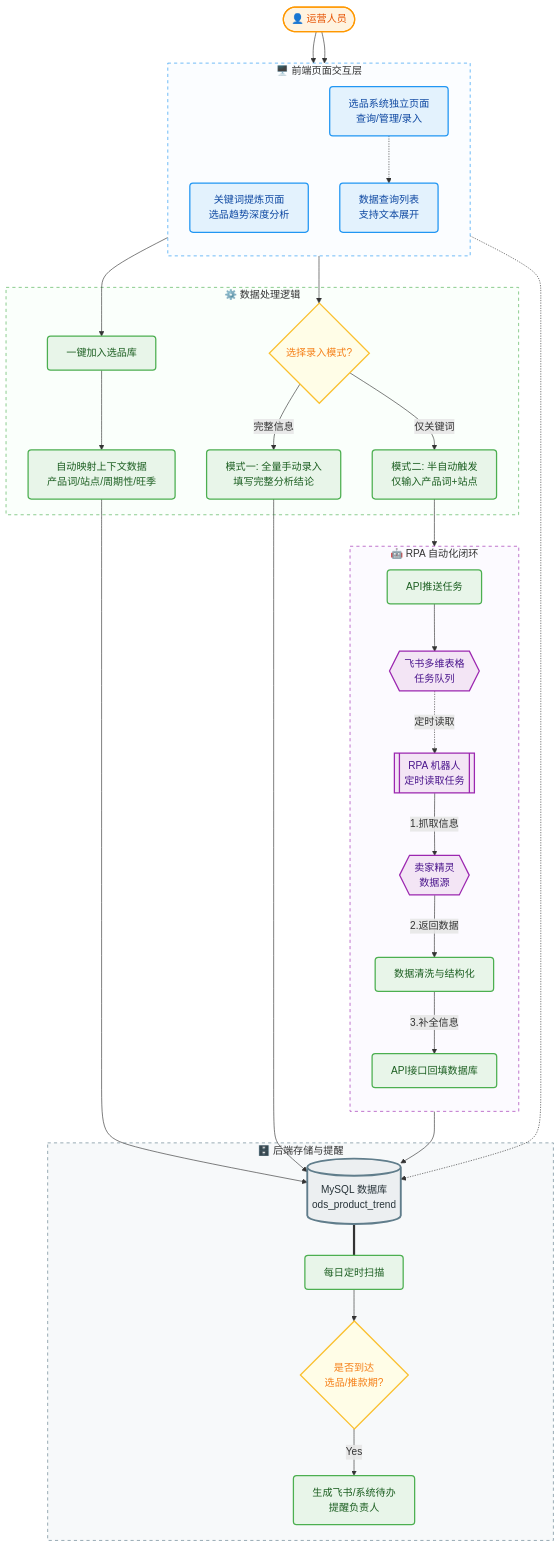
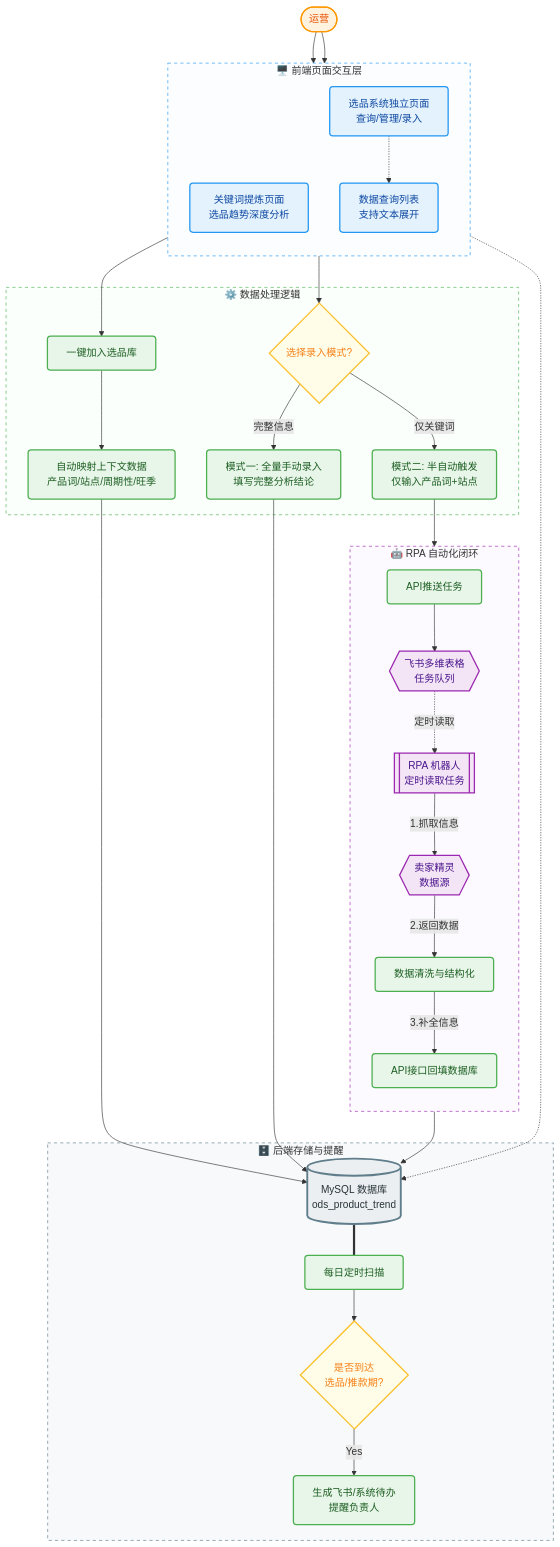
Before and after one commit to Fleve-MY/iodraw-files: the diagram in all/未命名-1.md, drawn with Mermaid.

Commit message:
2026-01-07 17:42:51 update

```diff
--- a/all/未命名-1.md
+++ b/all/未命名-1.md
@@ -7,9 +7,9 @@
     classDef extStyle fill:#F3E5F5,stroke:#9C27B0,stroke-width:2px,color:#4A148C,shape:hexagon;
     classDef dbStyle fill:#ECEFF1,stroke:#607D8B,stroke-width:3px,color:#263238,shape:cylinder;
 
-    %% --- 节
+    %% 节点
 
-    User([👤 运营人员]):::actorStyle
+    User([运营]):::actorStyle
 
     %% 区域1：前端页面交互
     subgraph UI_Group [ 🖥️ 前端页面交互层 ]
```
